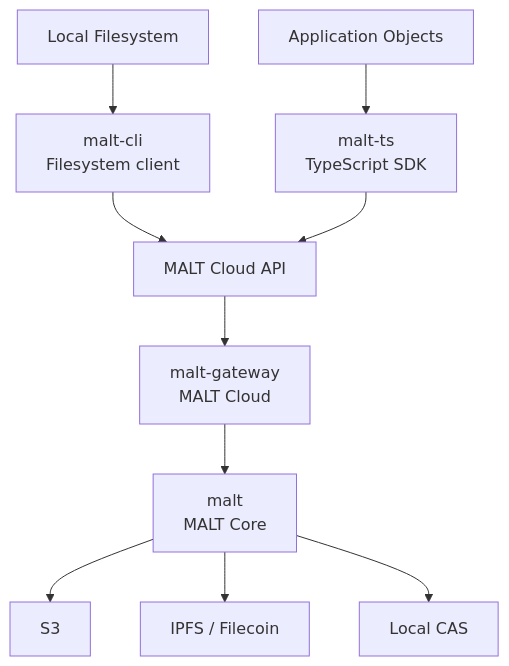
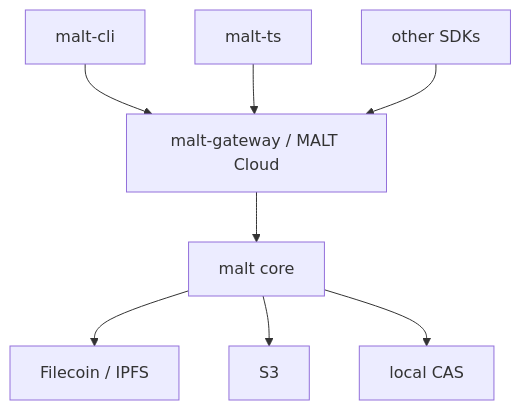
Before and after one commit to DeWebProtocol/.github: the second of 2 diagrams in profile/README.md, drawn with Mermaid. The commit also changed other lines of this file, not shown here.

First line of the commit message:
docs: distinguish current and planned MALT surfaces

````diff
--- a/profile/README.md
+++ b/profile/README.md
@@ -45,12 +77,10 @@
 ```mermaid
 flowchart TB
-  fs["Local Filesystem"] --> cli["malt-cli<br/>Filesystem client"]
-  app["Application Objects"] --> ts["malt-ts<br/>TypeScript SDK"]
-  cli --> api["MALT Cloud API"]
-  ts --> api
-  api --> gateway["malt-gateway<br/>MALT Cloud"]
-  gateway --> core["malt<br/>MALT Core"]
+  cli["malt-cli"] --> gateway["malt-gateway / MALT Cloud"]
+  ts["malt-ts"] --> gateway
+  other["other SDKs"] --> gateway
+  gateway --> core["malt core"]
+  core --> filecoin["Filecoin / IPFS"]
   core --> s3["S3"]
-  core --> ipfs["IPFS / Filecoin"]
-  core --> local["Local CAS"]
+  core --> local["local CAS"]
 ```
````
